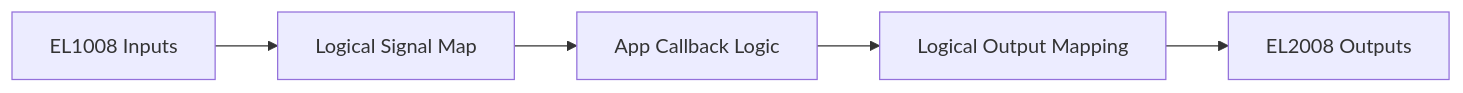
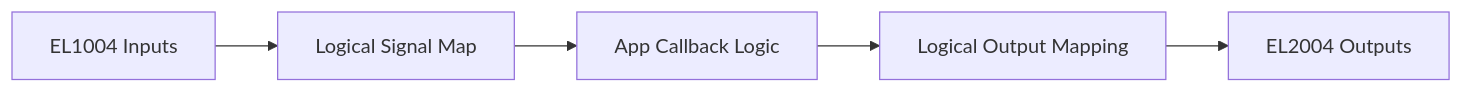
The first of 8 diagrams in docs/use-cases.md (robotcontrol-xyz/openethercat), drawn with Mermaid before and after one commit. The commit also changed other lines of this file and 7 other files, not shown here.

````diff
--- a/docs/use-cases.md
+++ b/docs/use-cases.md
@@ -5,7 +5,7 @@
 ```mermaid
 flowchart LR
-    Input[EL1008 Inputs] --> Map[Logical Signal Map]
+    Input[EL1004 Inputs] --> Map[Logical Signal Map]
     Map --> AppLogic[App Callback Logic]
     AppLogic --> Map2[Logical Output Mapping]
-    Map2 --> Output[EL2008 Outputs]
+    Map2 --> Output[EL2004 Outputs]
 ```
````
